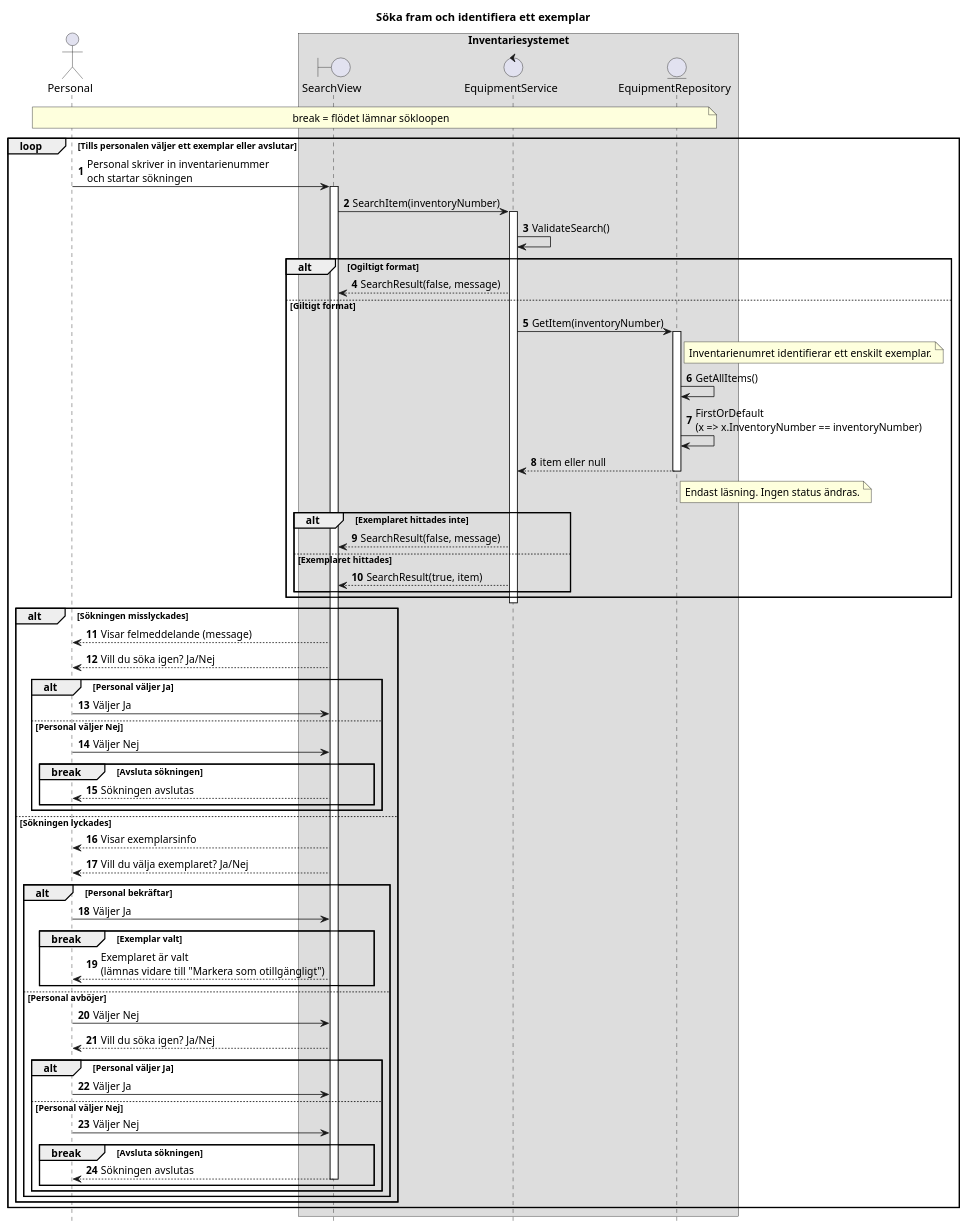
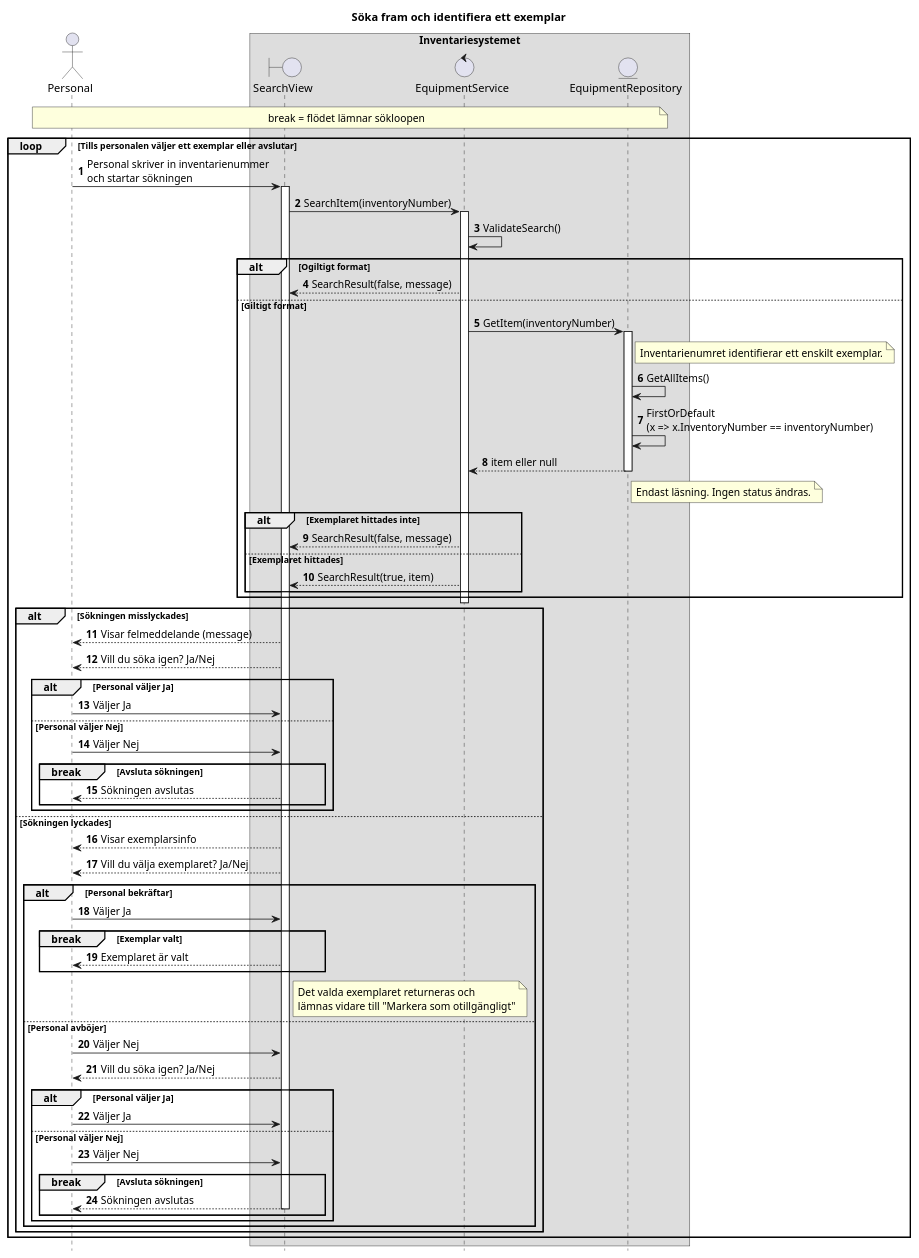
One commit to leon-nackademin-prog/IndividuellUppgift changed the diagram in Diagrams/v2.5/Sekvensdiagram_v2.5.puml. Above: the diagram before and after it, drawn with PlantUML. The commit also changed 3 other files, not shown here.

Commit message:
fix small diagram adjustments

```diff
--- a/Diagrams/v2.5/Sekvensdiagram_v2.5.puml
+++ b/Diagrams/v2.5/Sekvensdiagram_v2.5.puml
@@ -1,92 +1,93 @@
 @startuml
 autonumber
 hide footbox
 title Söka fram och identifiera ett exemplar
 
 actor "Personal" as User
 
 box "Inventariesystemet"
 boundary "SearchView" as View
 control "EquipmentService" as EquipmentService
 entity "EquipmentRepository" as EquipmentRepository
 end box
 
 
 note over User, EquipmentRepository : break = flödet lämnar sökloopen
 
 loop Tills personalen väljer ett exemplar eller avslutar
 
     User -> View : Personal skriver in inventarienummer \noch startar sökningen
     activate View
     View -> EquipmentService : SearchItem(inventoryNumber)
 
     activate EquipmentService
     EquipmentService -> EquipmentService : ValidateSearch()
 
     alt Ogiltigt format
         EquipmentService --> View : SearchResult(false, message)
 
     else Giltigt format
         EquipmentService -> EquipmentRepository : GetItem(inventoryNumber)
 
         activate EquipmentRepository
         note right of EquipmentRepository : Inventarienumret identifierar ett enskilt exemplar.
         EquipmentRepository -> EquipmentRepository : GetAllItems()
         EquipmentRepository -> EquipmentRepository : FirstOrDefault\n(x => x.InventoryNumber == inventoryNumber)
         EquipmentRepository --> EquipmentService : item eller null
         note right of EquipmentRepository : Endast läsning. Ingen status ändras.
         deactivate EquipmentRepository
 
         alt Exemplaret hittades inte
             EquipmentService --> View : SearchResult(false, message)
 
         else Exemplaret hittades
             EquipmentService --> View : SearchResult(true, item)
         end
     end
         deactivate EquipmentService      
     alt Sökningen misslyckades
         View --> User : Visar felmeddelande (message)
         View --> User : Vill du söka igen? Ja/Nej
 
         alt Personal väljer Ja
             User -> View : Väljer Ja
 
         else Personal väljer Nej
             User -> View : Väljer Nej
             break Avsluta sökningen
                 View --> User : Sökningen avslutas
             end
         end
 
     else Sökningen lyckades
         View --> User : Visar exemplarsinfo
         View --> User : Vill du välja exemplaret? Ja/Nej
 
         alt Personal bekräftar
             User -> View : Väljer Ja
             break Exemplar valt
-                View --> User : Exemplaret är valt \n(lämnas vidare till "Markera som otillgängligt")
+                View --> User : Exemplaret är valt
             end
+            note right of View: Det valda exemplaret returneras och \nlämnas vidare till "Markera som otillgängligt"
 
         else Personal avböjer
             User -> View : Väljer Nej
             View --> User : Vill du söka igen? Ja/Nej
 
             alt Personal väljer Ja
                 User -> View : Väljer Ja
 
             else Personal väljer Nej
                 User -> View : Väljer Nej
                 break Avsluta sökningen
                     View --> User : Sökningen avslutas
                 deactivate View
                 end
             end
         end
     end
 
     
 end
 
 @enduml
```
